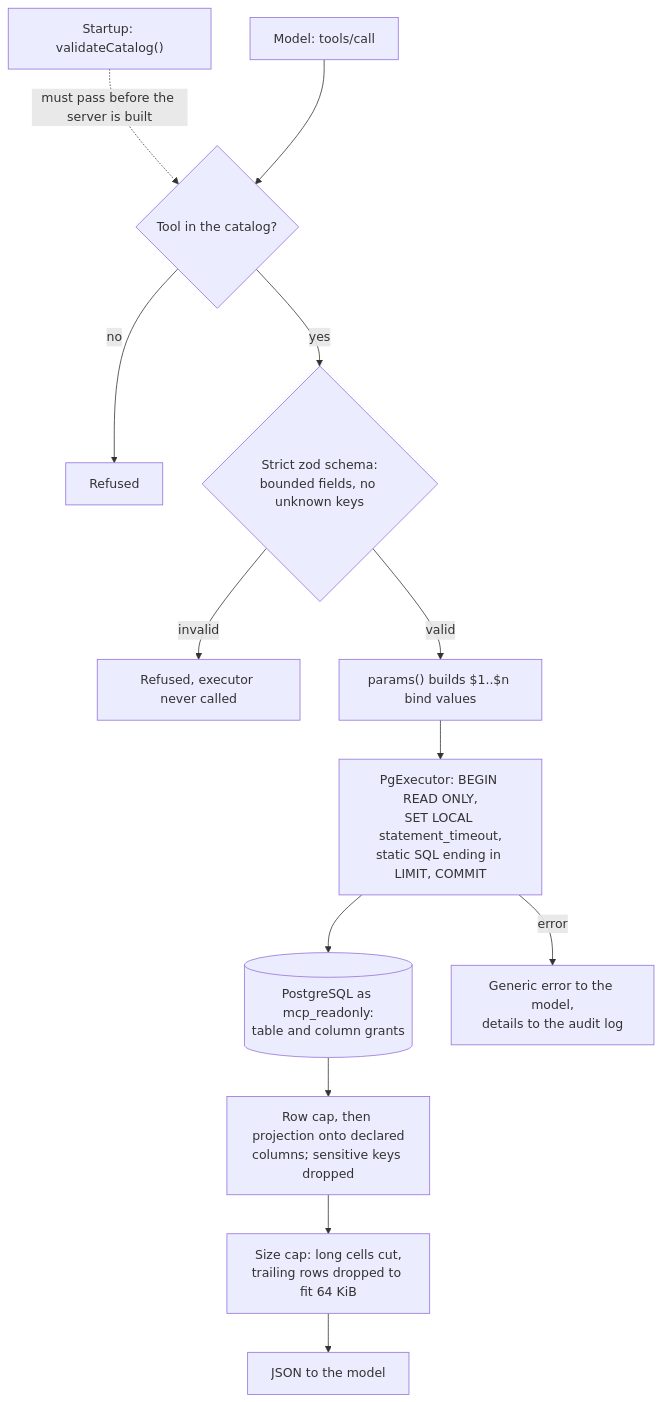
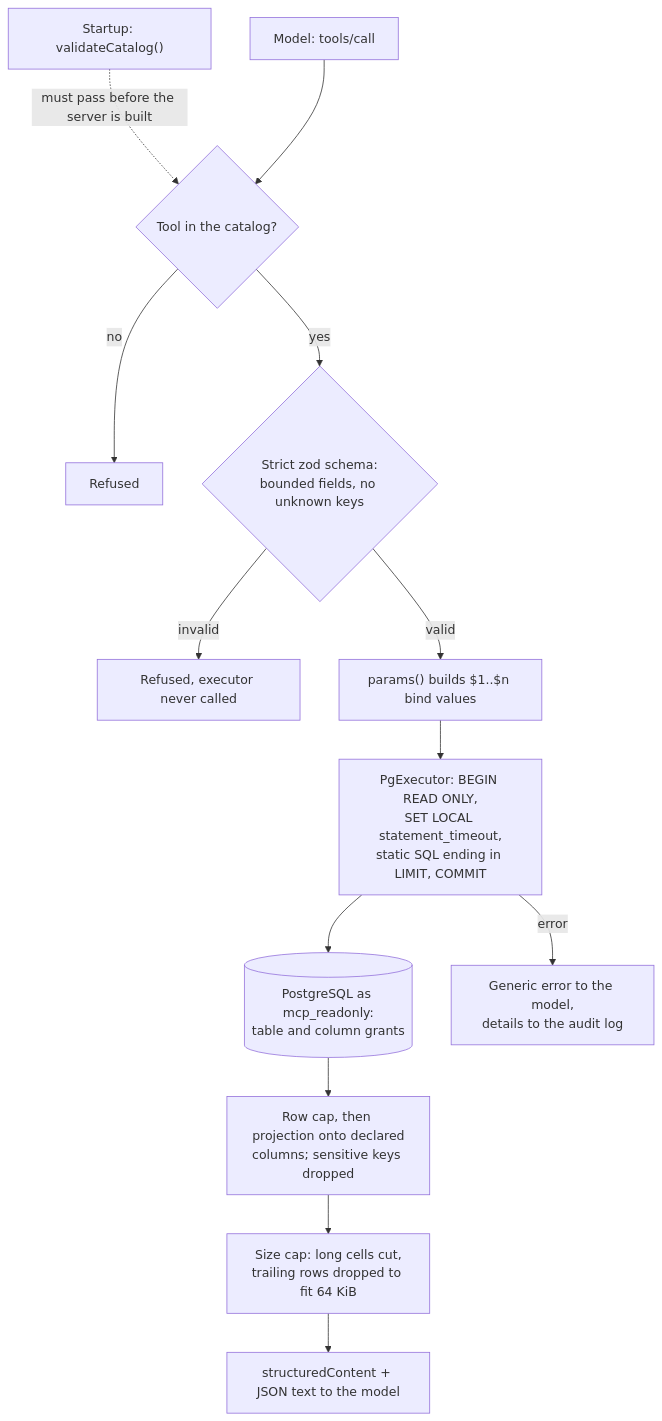
One commit to JimmyAlter/guarded-sql-mcp changed the diagram in README.md. Above: the diagram before and after it, drawn with Mermaid. The commit also changed other lines of this file and 4 other files, not shown here.

First line of the commit message:
feat: declare outputSchema per tool and return structuredContent

````diff
--- a/README.md
+++ b/README.md
@@ -38,15 +38,15 @@
 ```mermaid
 flowchart TD
     S["Startup: validateCatalog()"] -.->|must pass before the server is built| T
     M["Model: tools/call"] --> T{"Tool in the catalog?"}
     T -- no --> R1["Refused"]
     T -- yes --> V{"Strict zod schema:<br/>bounded fields, no unknown keys"}
     V -- invalid --> R2["Refused, executor never called"]
     V -- valid --> P["params() builds $1..$n bind values"]
     P --> X["PgExecutor: BEGIN READ ONLY,<br/>SET LOCAL statement_timeout,<br/>static SQL ending in LIMIT, COMMIT"]
     X --> DB[("PostgreSQL as mcp_readonly:<br/>table and column grants")]
     DB --> C["Row cap, then projection onto declared<br/>columns; sensitive keys dropped"]
     C --> SZ["Size cap: long cells cut,<br/>trailing rows dropped to fit 64 KiB"]
-    SZ --> OUT["JSON to the model"]
+    SZ --> OUT["structuredContent + JSON text to the model"]
     X -- error --> E["Generic error to the model,<br/>details to the audit log"]
 ```
````
